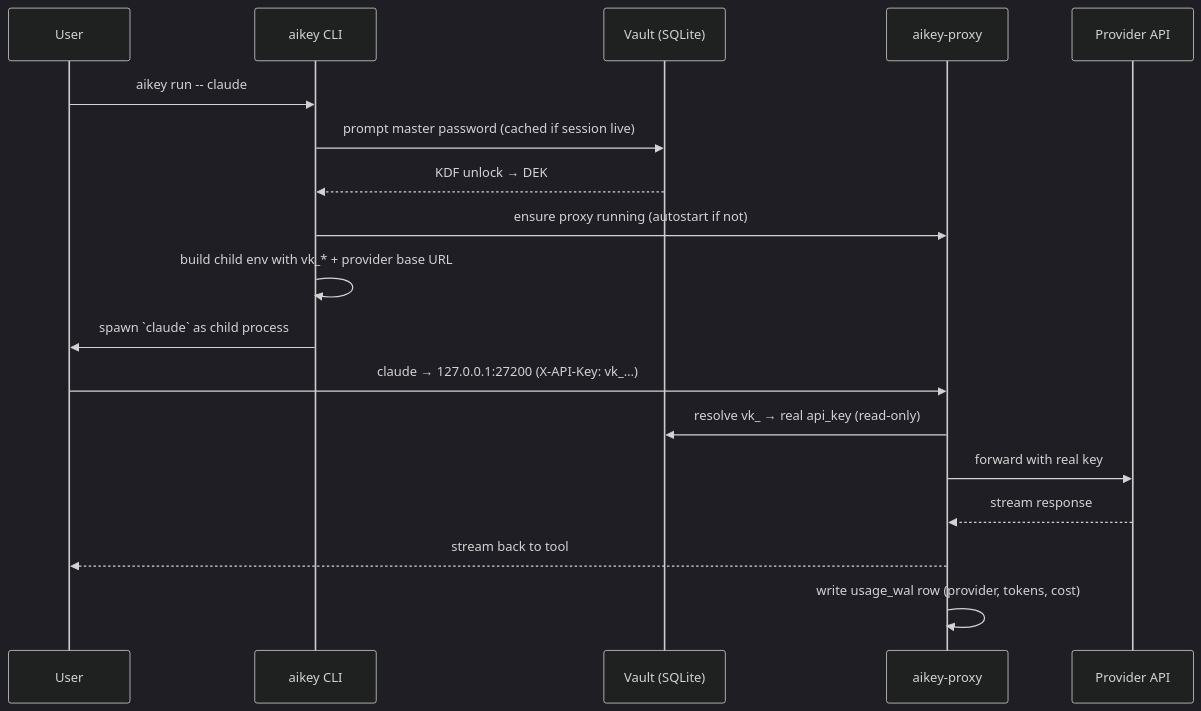
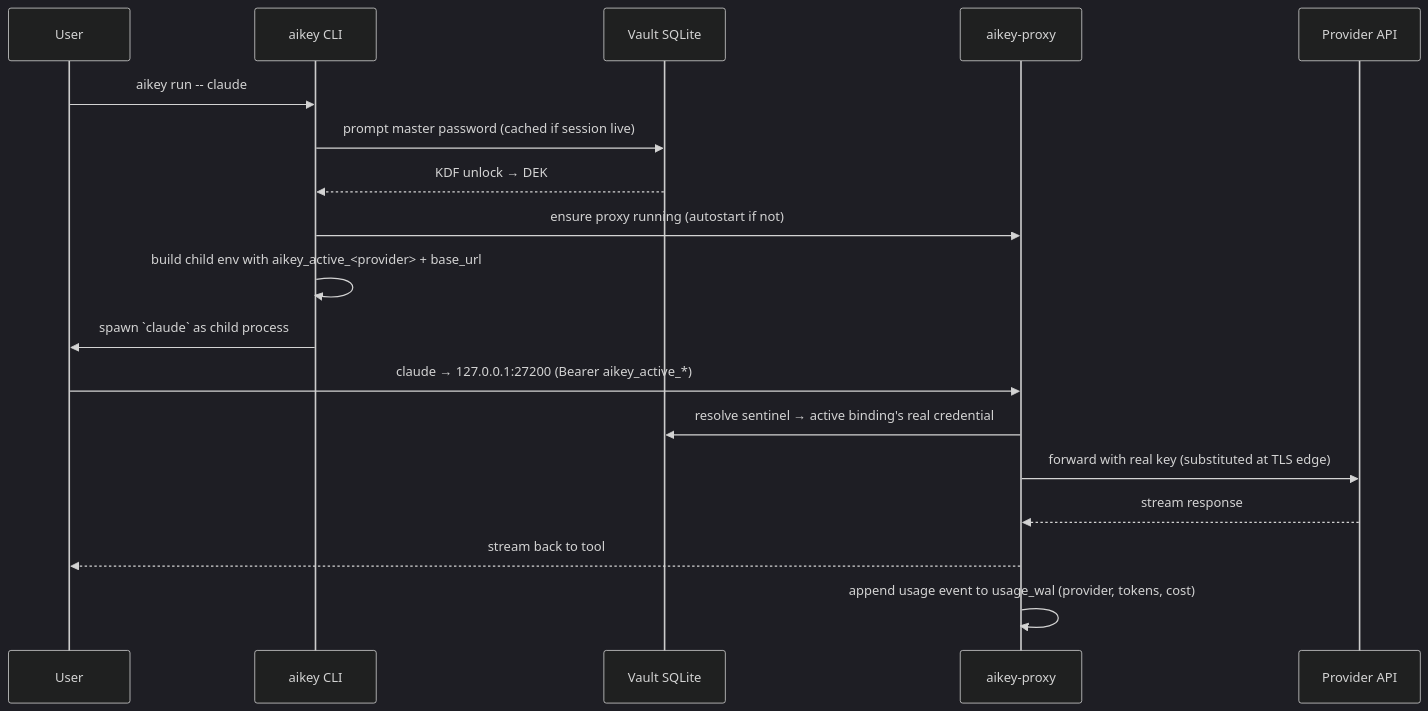
One commit to aikeylabs/aikey-cli changed the second of 2 diagrams in README.md. Above: the diagram before and after it, drawn with Mermaid (dark theme). The commit also changed other lines of this file and 1 other file, not shown here.

````diff
--- a/README.md
+++ b/README.md
@@ -49,21 +63,21 @@
 ```mermaid
 sequenceDiagram
   participant U as User
   participant CLI as aikey CLI
-  participant V as Vault (SQLite)
+  participant V as Vault SQLite
   participant P as aikey-proxy
   participant API as Provider API
 
   U->>CLI: aikey run -- claude
   CLI->>V: prompt master password (cached if session live)
   V-->>CLI: KDF unlock → DEK
   CLI->>P: ensure proxy running (autostart if not)
-  CLI->>CLI: build child env with vk_* + provider base URL
+  CLI->>CLI: build child env with aikey_active_<provider> + base_url
   CLI->>U: spawn `claude` as child process
-  U->>P: claude → 127.0.0.1:27200 (X-API-Key: vk_…)
-  P->>V: resolve vk_ → real api_key (read-only)
-  P->>API: forward with real key
+  U->>P: claude → 127.0.0.1:27200 (Bearer aikey_active_*)
+  P->>V: resolve sentinel → active binding's real credential
+  P->>API: forward with real key (substituted at TLS edge)
   API-->>P: stream response
   P-->>U: stream back to tool
-  P->>P: write usage_wal row (provider, tokens, cost)
+  P->>P: append usage event to usage_wal (provider, tokens, cost)
 ```
````
